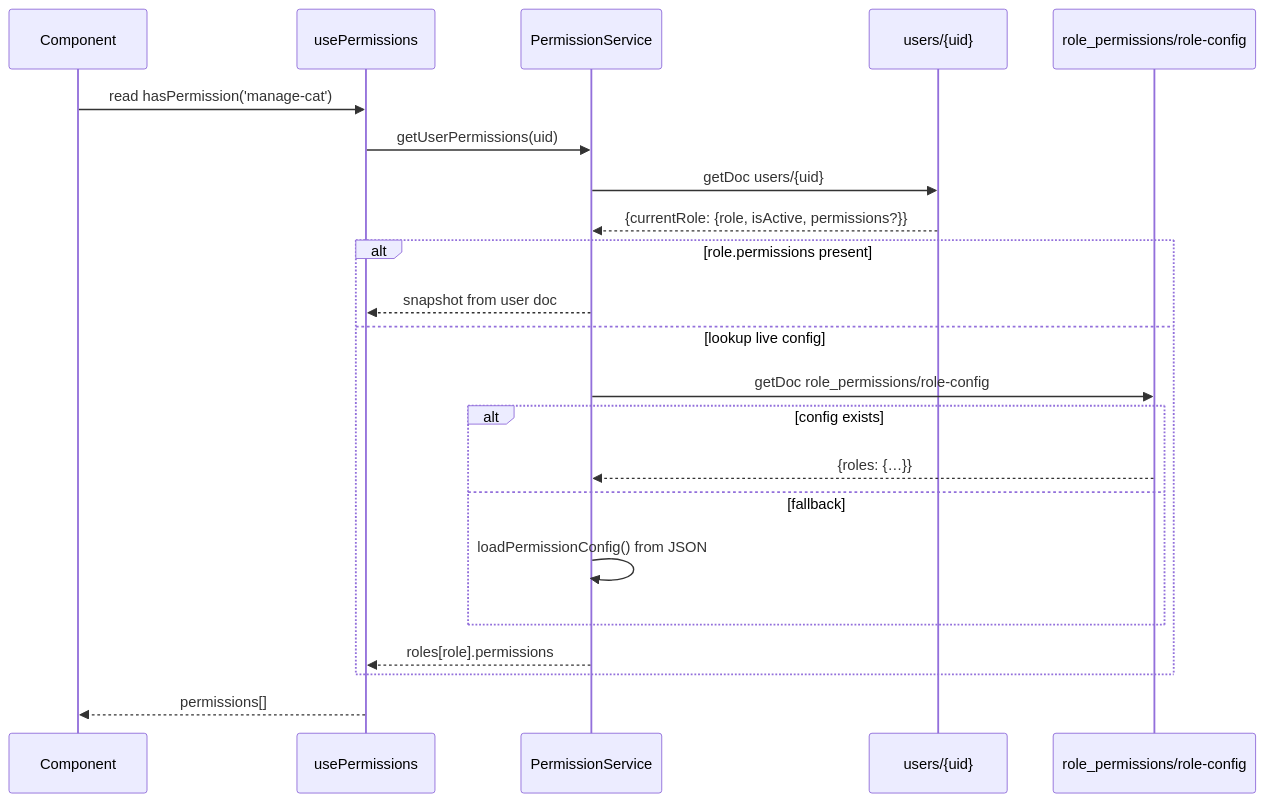
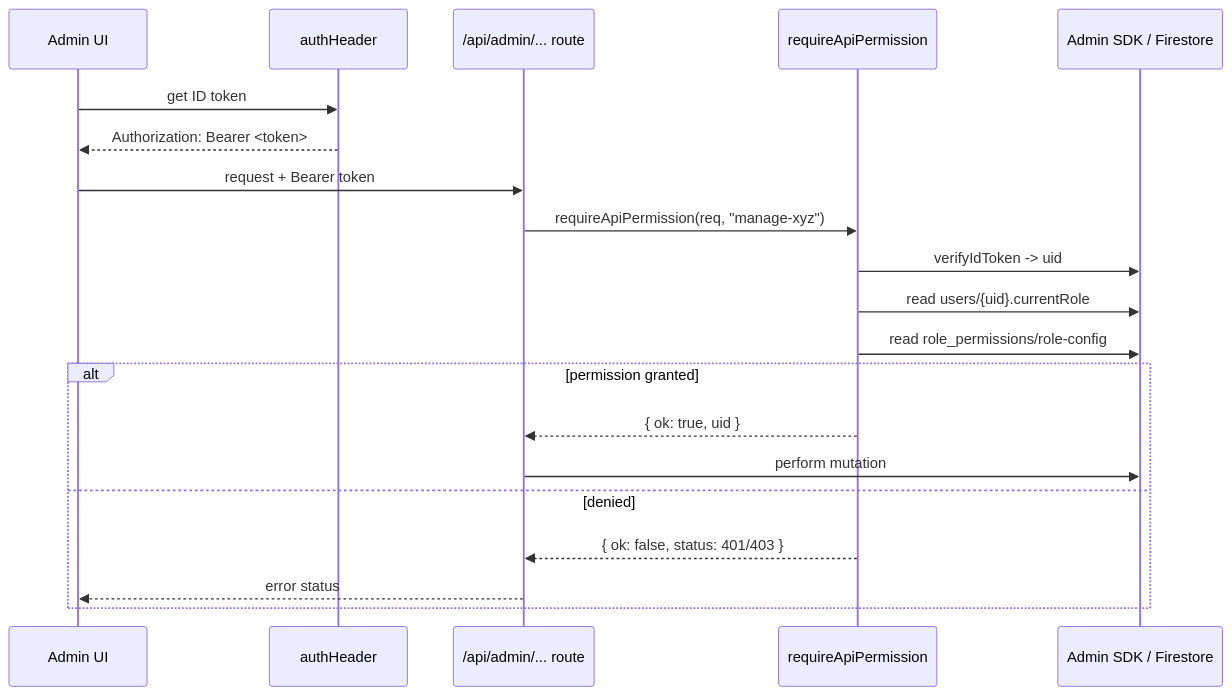
Before and after one commit to wwolfyy/mohocat: the first of 2 diagrams in docs/codebase/permissions-and-roles.md, drawn with Mermaid. The commit also changed other lines of this file and 12 other files, not shown here.

````diff
--- a/docs/codebase/permissions-and-roles.md
+++ b/docs/codebase/permissions-and-roles.md
@@ -56,25 +31,23 @@
 ```mermaid
 sequenceDiagram
-    participant Component
-    participant Hook as usePermissions
-    participant Svc as PermissionService
-    participant Firestore as users/{uid}
-    participant Config as role_permissions/role-config
+    participant Client as Admin UI
+    participant Hdr as authHeader
+    participant Route as /api/admin/... route
+    participant Guard as requireApiPermission
+    participant Admin as Admin SDK / Firestore
 
-    Component->>Hook: read hasPermission('manage-cat')
-    Hook->>Svc: getUserPermissions(uid)
-    Svc->>Firestore: getDoc users/{uid}
-    Firestore-->>Svc: {currentRole: {role, isActive, permissions?}}
-    alt role.permissions present
-        Svc-->>Hook: snapshot from user doc
-    else lookup live config
-        Svc->>Config: getDoc role_permissions/role-config
-        alt config exists
-            Config-->>Svc: {roles: {…}}
-        else fallback
-            Svc->>Svc: loadPermissionConfig() from JSON
-        end
-        Svc-->>Hook: roles[role].permissions
+    Client->>Hdr: get ID token
+    Hdr-->>Client: Authorization: Bearer <token>
+    Client->>Route: request + Bearer token
+    Route->>Guard: requireApiPermission(req, "manage-xyz")
+    Guard->>Admin: verifyIdToken -> uid
+    Guard->>Admin: read users/{uid}.currentRole
+    Guard->>Admin: read role_permissions/role-config
+    alt permission granted
+        Guard-->>Route: { ok: true, uid }
+        Route->>Admin: perform mutation
+    else denied
+        Guard-->>Route: { ok: false, status: 401/403 }
+        Route-->>Client: error status
     end
-    Hook-->>Component: permissions[]
 ```
````
